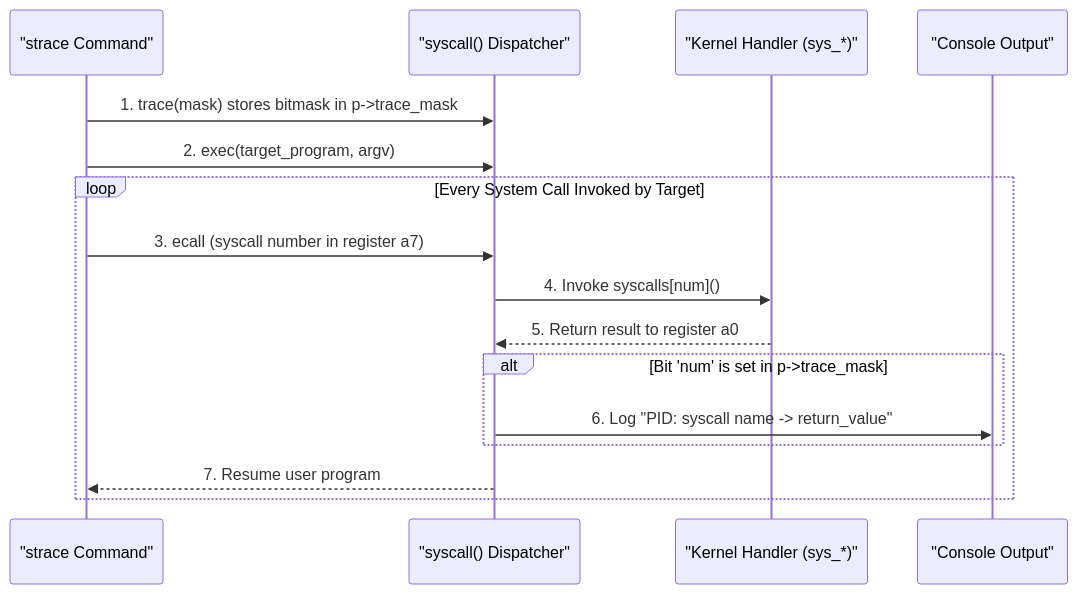
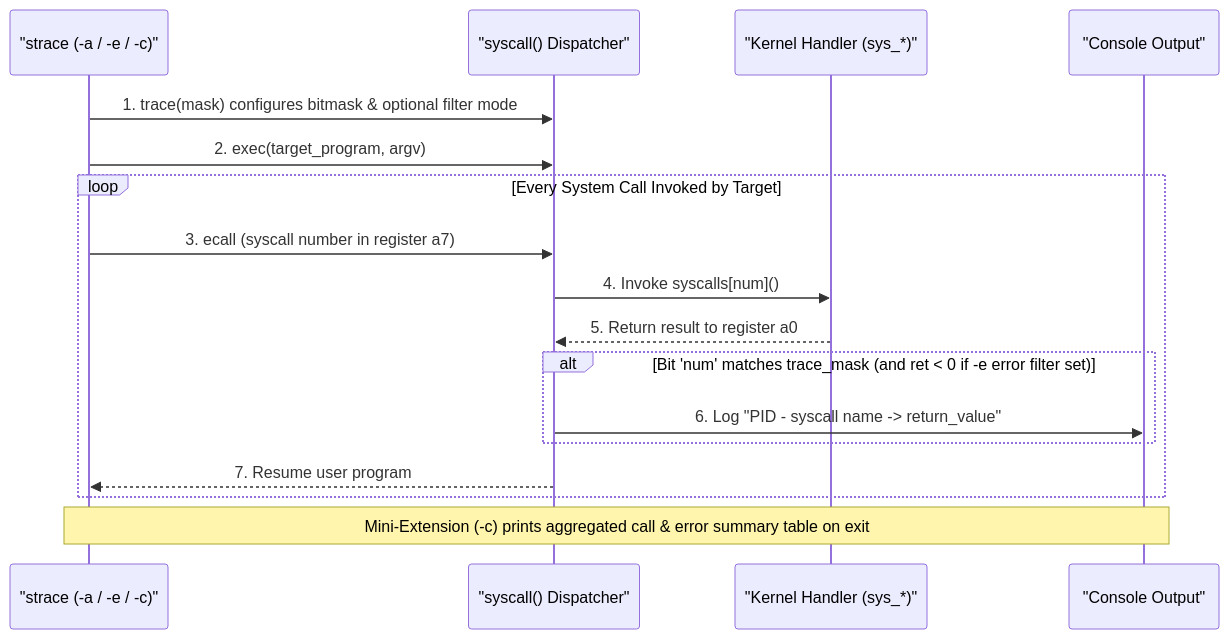
One commit to asbahkhan67-ctrl/xv6-riscv changed the seventh of 21 diagrams in README.md. Above: the diagram before and after it, drawn with Mermaid. The commit also changed other lines of this file, not shown here.

````diff
--- a/README.md
+++ b/README.md
@@ -360,19 +399,20 @@
 ```mermaid
 sequenceDiagram
-    participant User as "strace Command"
+    participant User as "strace (-a / -e / -c)"
     participant Disp as "syscall() Dispatcher"
     participant Hand as "Kernel Handler (sys_*)"
     participant Cons as "Console Output"
 
-    User->>Disp: 1. trace(mask) stores bitmask in p->trace_mask
+    User->>Disp: 1. trace(mask) configures bitmask & optional filter mode
     User->>Disp: 2. exec(target_program, argv)
     loop Every System Call Invoked by Target
         User->>Disp: 3. ecall (syscall number in register a7)
         Disp->>Hand: 4. Invoke syscalls[num]()
         Hand-->>Disp: 5. Return result to register a0
-        alt Bit 'num' is set in p->trace_mask
-            Disp->>Cons: 6. Log "PID: syscall name -> return_value"
+        alt Bit 'num' matches trace_mask (and ret < 0 if -e error filter set)
+            Disp->>Cons: 6. Log "PID - syscall name -> return_value"
         end
         Disp-->>User: 7. Resume user program
     end
+    Note over User,Cons: Mini-Extension (-c) prints aggregated call & error summary table on exit
 ```
````
